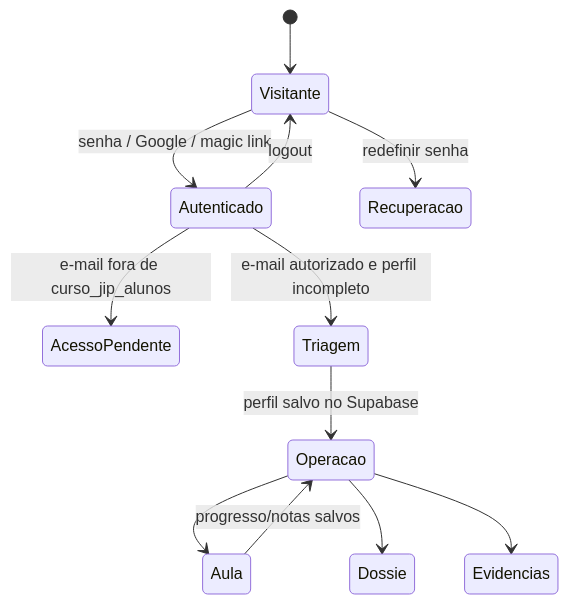
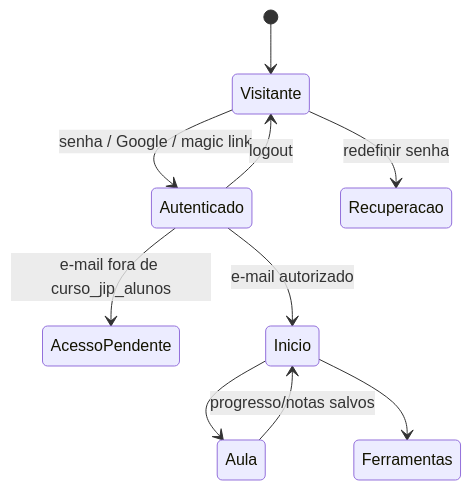
One commit to savantarmorer/newrepo changed the diagram in jornalismo/README-OPERACOES.md. Above: the diagram before and after it, drawn with Mermaid. The commit also changed other lines of this file and 7 other files, not shown here.

````diff
--- a/jornalismo/README-OPERACOES.md
+++ b/jornalismo/README-OPERACOES.md
@@ -8,14 +8,12 @@
 ```mermaid
 stateDiagram-v2
   [*] --> Visitante
   Visitante --> Autenticado: senha / Google / magic link
   Visitante --> Recuperacao: redefinir senha
   Autenticado --> AcessoPendente: e-mail fora de curso_jip_alunos
-  Autenticado --> Triagem: e-mail autorizado e perfil incompleto
-  Triagem --> Operacao: perfil salvo no Supabase
-  Operacao --> Aula
-  Operacao --> Dossie
-  Operacao --> Evidencias
-  Aula --> Operacao: progresso/notas salvos
+  Autenticado --> Inicio: e-mail autorizado
+  Inicio --> Aula
+  Inicio --> Ferramentas
+  Aula --> Inicio: progresso/notas salvos
   Autenticado --> Visitante: logout
 ```
````
